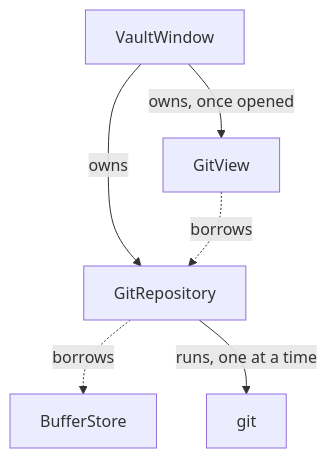
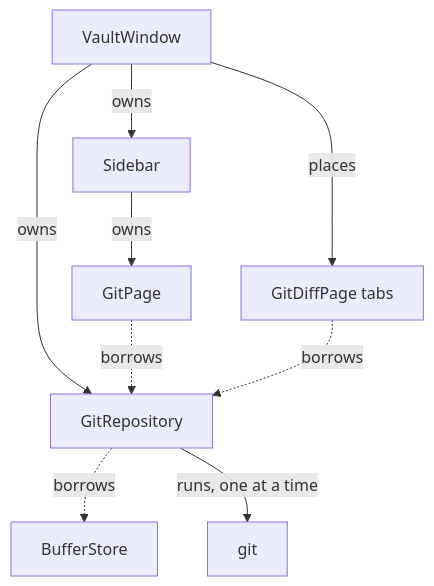
Before and after one commit to fairybow/Fernanda: the seventh of 7 diagrams in Fernanda/docs/Architecture.md, drawn with Mermaid. The commit also changed other lines of this file and 4 other files, not shown here.

````diff
--- a/Fernanda/docs/Architecture.md
+++ b/Fernanda/docs/Architecture.md
@@ -487,8 +487,11 @@
 ```mermaid
 flowchart TD
     VW["VaultWindow"] -->|owns| GR["GitRepository"]
-    VW -->|owns, once opened| GV["GitView"]
-    GV -.->|borrows| GR
+    VW -->|owns| SB["Sidebar"]
+    SB -->|owns| GP["GitPage"]
+    GP -.->|borrows| GR
+    VW -->|places| DP["GitDiffPage tabs"]
+    DP -.->|borrows| GR
     GR -.->|borrows| BS["BufferStore"]
     GR -->|runs, one at a time| G["git"]
 ```
````
